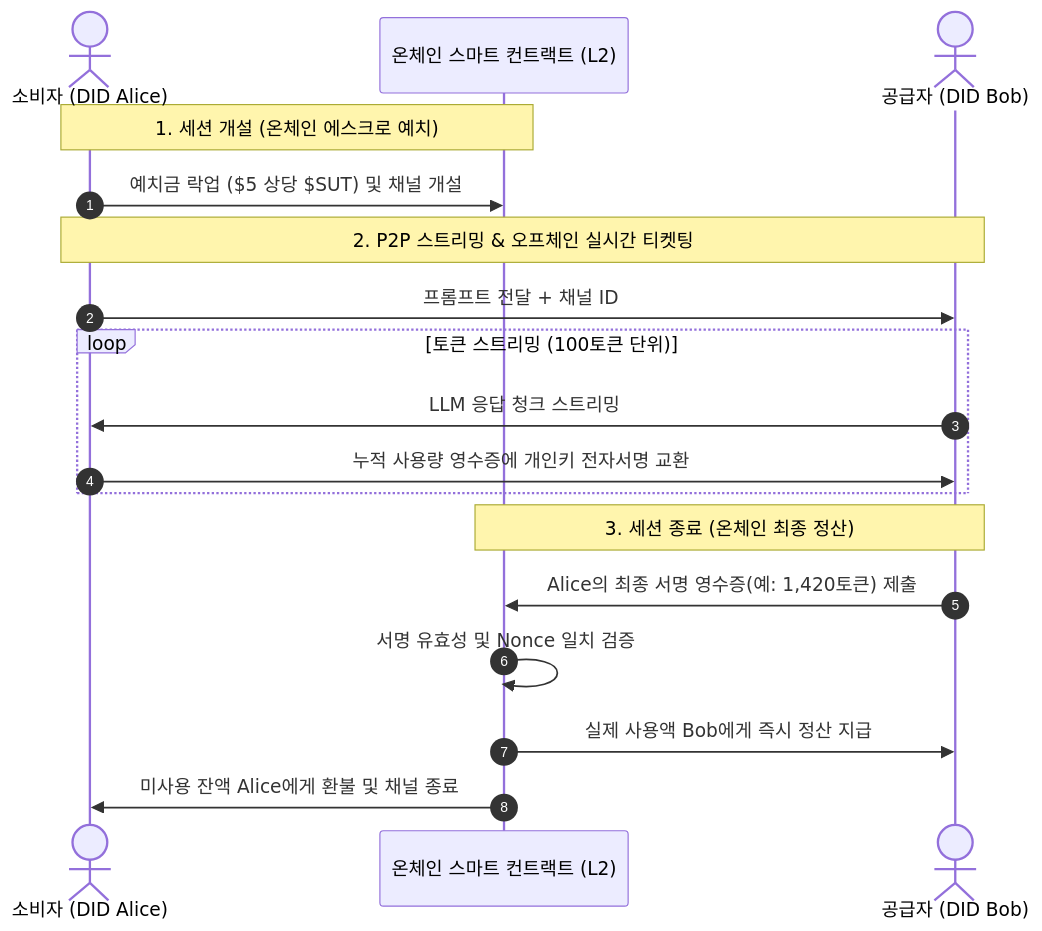
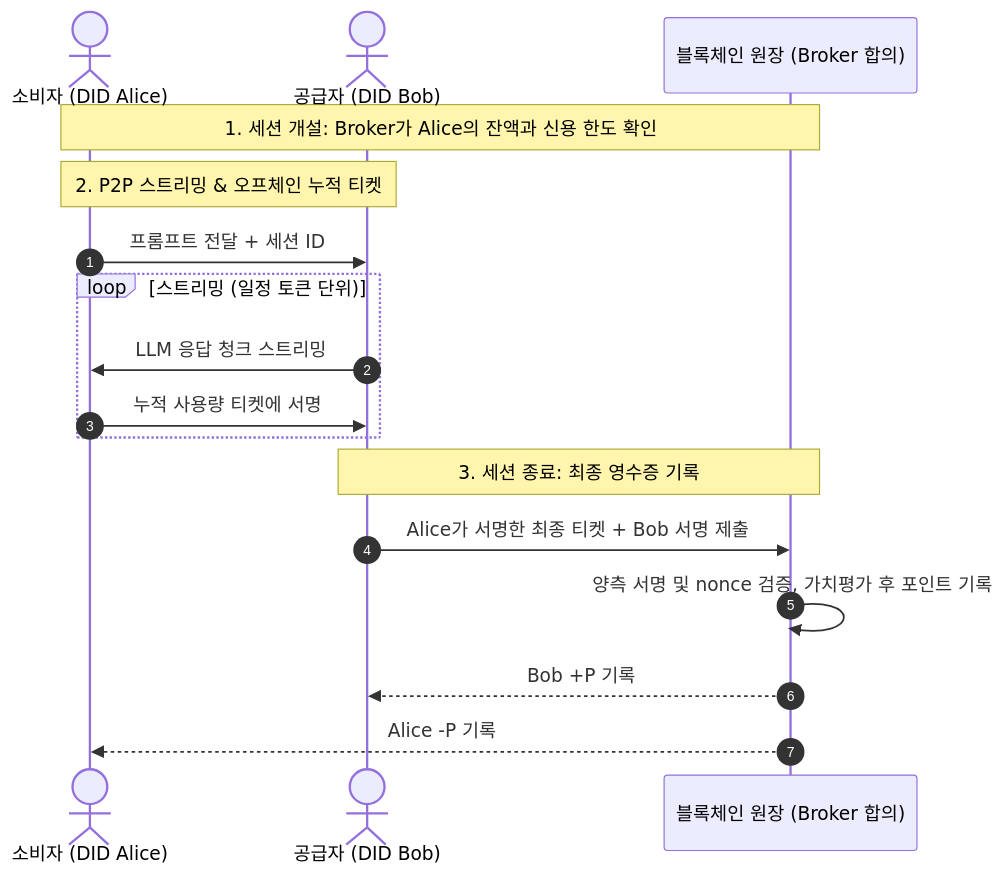
One commit to tanminkwan/share-ur-tokens changed the third of 3 diagrams in docs/ledger-and-settlement.md. Above: the diagram before and after it, drawn with Mermaid. The commit also changed other lines of this file and 12 other files, not shown here.

````diff
--- a/docs/ledger-and-settlement.md
+++ b/docs/ledger-and-settlement.md
@@ -43,23 +72,22 @@
 ```mermaid
 sequenceDiagram
     autonumber
     actor Consumer as 소비자 (DID Alice)
-    participant Contract as 온체인 스마트 컨트랙트 (L2)
     actor Provider as 공급자 (DID Bob)
+    participant Ledger as 블록체인 원장 (Broker 합의)
 
-    Note over Consumer,Contract: 1. 세션 개설 (온체인 에스크로 예치)
-    Consumer->>Contract: 예치금 락업 ($5 상당 $SUT) 및 채널 개설
+    Note over Consumer,Ledger: 1. 세션 개설: Broker가 Alice의 잔액과 신용 한도 확인
 
-    Note over Consumer,Provider: 2. P2P 스트리밍 & 오프체인 실시간 티켓팅
-    Consumer->>Provider: 프롬프트 전달 + 채널 ID
-    loop 토큰 스트리밍 (100토큰 단위)
+    Note over Consumer,Provider: 2. P2P 스트리밍 & 오프체인 누적 티켓
+    Consumer->>Provider: 프롬프트 전달 + 세션 ID
+    loop 스트리밍 (일정 토큰 단위)
         Provider->>Consumer: LLM 응답 청크 스트리밍
-        Consumer->>Provider: 누적 사용량 영수증에 개인키 전자서명 교환
+        Consumer->>Provider: 누적 사용량 티켓에 서명
     end
 
-    Note over Provider,Contract: 3. 세션 종료 (온체인 최종 정산)
-    Provider->>Contract: Alice의 최종 서명 영수증(예: 1,420토큰) 제출
-    Contract->>Contract: 서명 유효성 및 Nonce 일치 검증
-    Contract->>Provider: 실제 사용액 Bob에게 즉시 정산 지급
-    Contract->>Consumer: 미사용 잔액 Alice에게 환불 및 채널 종료
+    Note over Provider,Ledger: 3. 세션 종료: 최종 영수증 기록
+    Provider->>Ledger: Alice가 서명한 최종 티켓 + Bob 서명 제출
+    Ledger->>Ledger: 양측 서명 및 nonce 검증, 가치평가 후 포인트 기록
+    Ledger-->>Provider: Bob +P 기록
+    Ledger-->>Consumer: Alice -P 기록
 ```
````
